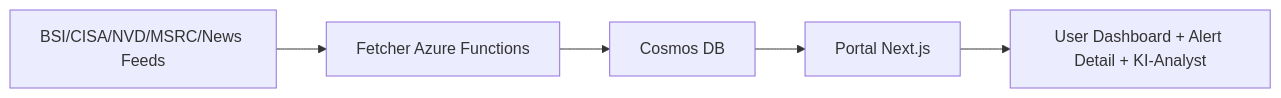
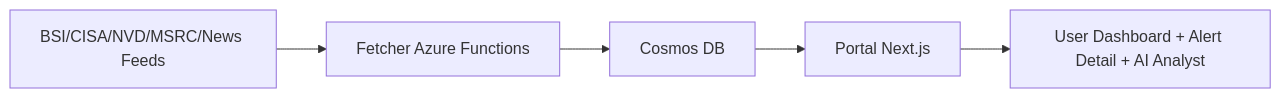
One commit to rashadbakirov/cyberlage changed the diagram in docs/SYSTEM_OVERVIEW.md. Above: the diagram before and after it, drawn with Mermaid. The commit also changed other lines of this file and 163 other files, not shown here.

````diff
--- a/docs/SYSTEM_OVERVIEW.md
+++ b/docs/SYSTEM_OVERVIEW.md
@@ -20,7 +20,7 @@
 ```mermaid
 flowchart LR
   A[BSI/CISA/NVD/MSRC/News Feeds] --> B[Fetcher Azure Functions]
   B --> C[Cosmos DB]
   C --> D[Portal Next.js]
-  D --> E[User Dashboard + Alert Detail + KI-Analyst]
+  D --> E[User Dashboard + Alert Detail + AI Analyst]
 ```
````
